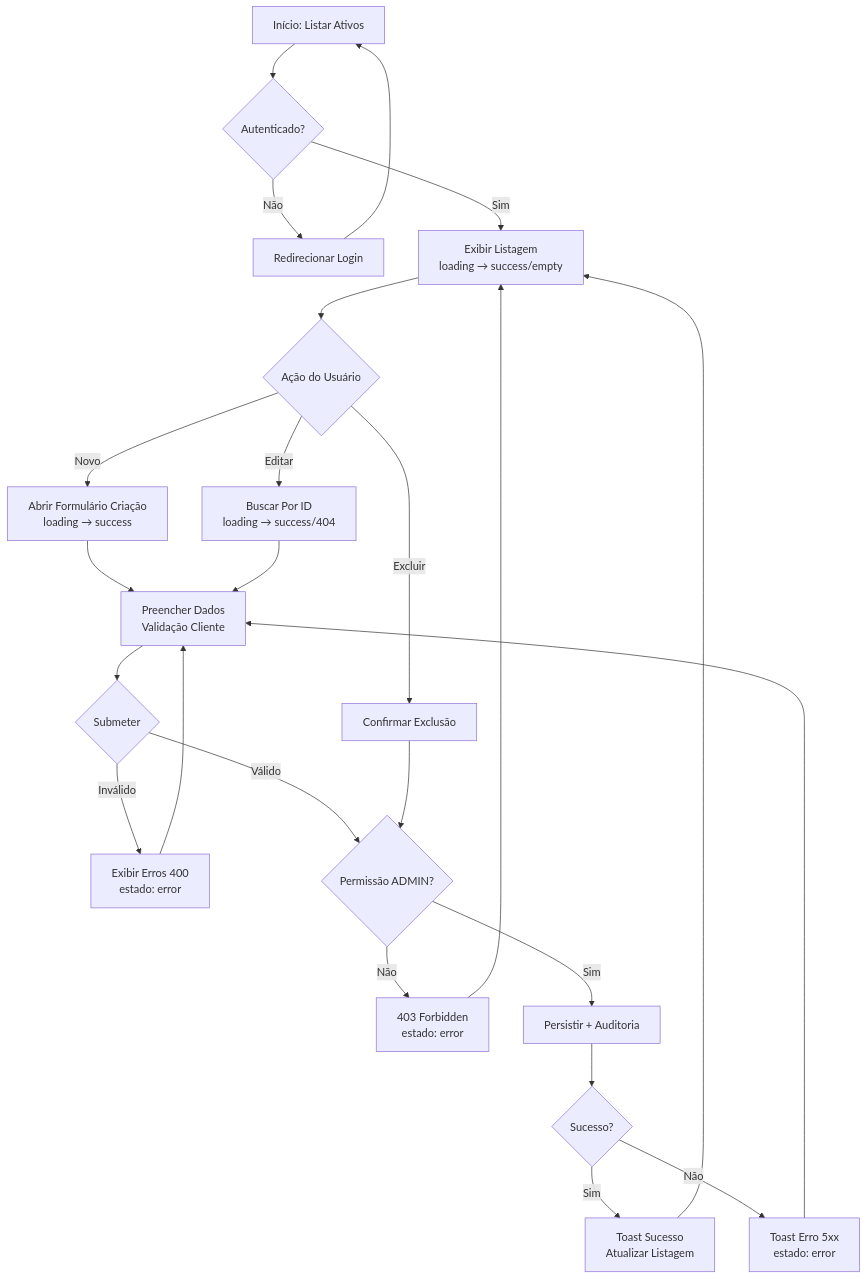
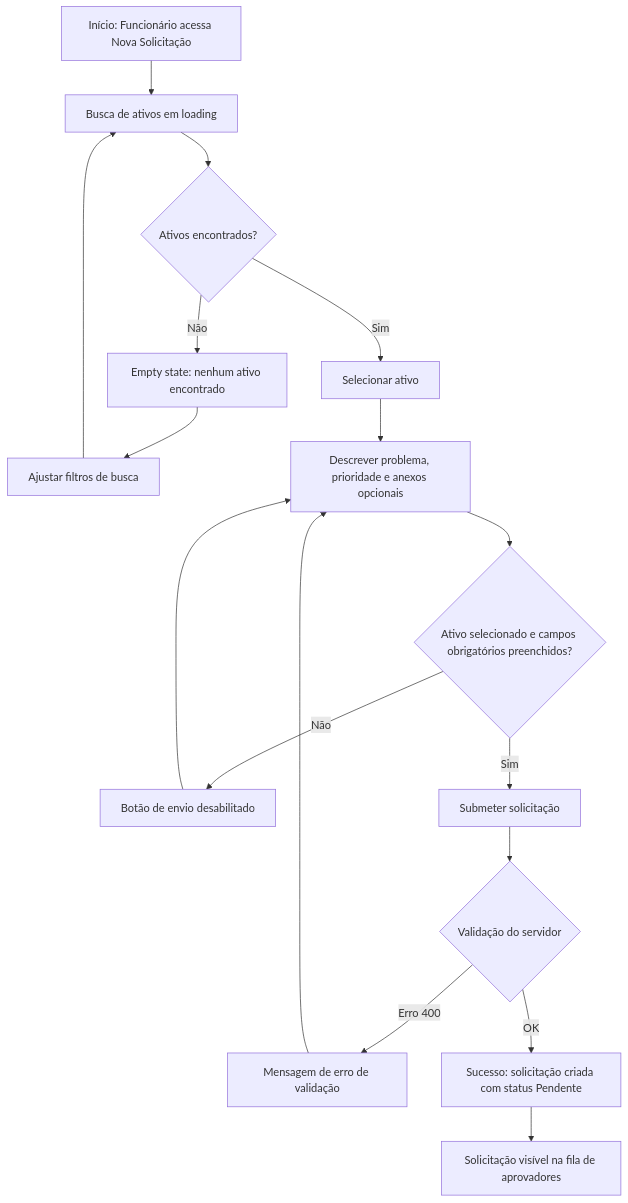
Before and after one commit to diogo-rp-menezes/aegispatrimonio: the third of 6 diagrams in docs/01-discovery/user-flows.md, drawn with Mermaid. The commit also changed other lines of this file and 35 other files, not shown here.

````diff
--- a/docs/01-discovery/user-flows.md
+++ b/docs/01-discovery/user-flows.md
@@ -35,26 +128,19 @@
 ```mermaid
 graph TD
-    A[Início: Listar Ativos] --> B{Autenticado?}
-    B -- Não --> C[Redirecionar Login]
-    B -- Sim --> D[Exibir Listagem<br/>loading → success/empty]
-    D --> E{Ação do Usuário}
-    E -- Novo --> F[Abrir Formulário Criação<br/>loading → success]
-    E -- Editar --> G[Buscar Por ID<br/>loading → success/404]
-    E -- Excluir --> H[Confirmar Exclusão]
-    F --> I[Preencher Dados<br/>Validação Cliente]
-    G --> I
-    I --> J{Submeter}
-    J -- Inválido --> K[Exibir Erros 400<br/>estado: error]
-    J -- Válido --> L{Permissão ADMIN?}
-    L -- Não --> M[403 Forbidden<br/>estado: error]
-    L -- Sim --> N[Persistir + Auditoria]
-    N --> O{Sucesso?}
-    O -- Sim --> P[Toast Sucesso<br/>Atualizar Listagem]
-    O -- Não --> Q[Toast Erro 5xx<br/>estado: error]
-    H --> L
-    P --> D
-    Q --> I
-    M --> D
-    K --> I
-    C --> A
+    A["Início: Funcionário acessa Nova Solicitação"] --> B["Busca de ativos em loading"]
+    B --> C{"Ativos encontrados?"}
+    C -- "Não" --> D["Empty state: nenhum ativo encontrado"]
+    D --> E["Ajustar filtros de busca"]
+    E --> B
+    C -- "Sim" --> F["Selecionar ativo"]
+    F --> G["Descrever problema, prioridade e anexos opcionais"]
+    G --> H{"Ativo selecionado e campos obrigatórios preenchidos?"}
+    H -- "Não" --> I["Botão de envio desabilitado"]
+    I --> G
+    H -- "Sim" --> J["Submeter solicitação"]
+    J --> K{"Validação do servidor"}
+    K -- "Erro 400" --> L["Mensagem de erro de validação"]
+    L --> G
+    K -- "OK" --> M["Sucesso: solicitação criada com status Pendente"]
+    M --> N["Solicitação visível na fila de aprovadores"]
 ```
````
